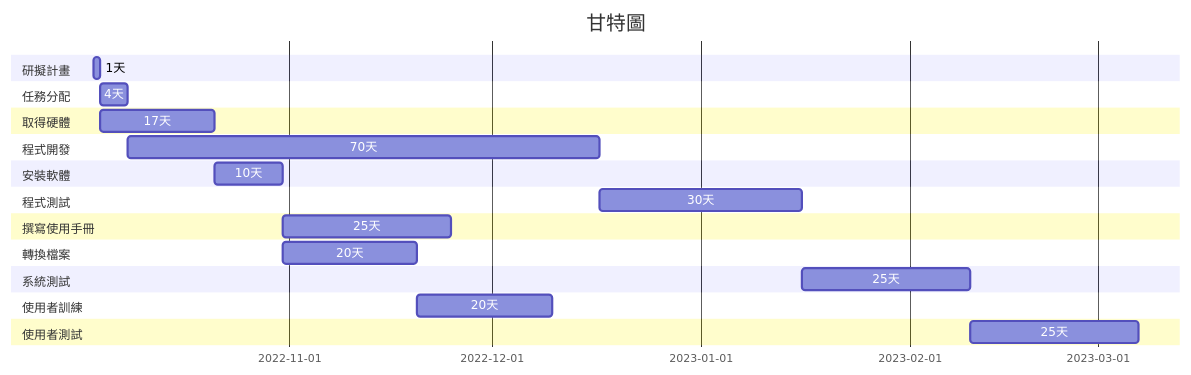
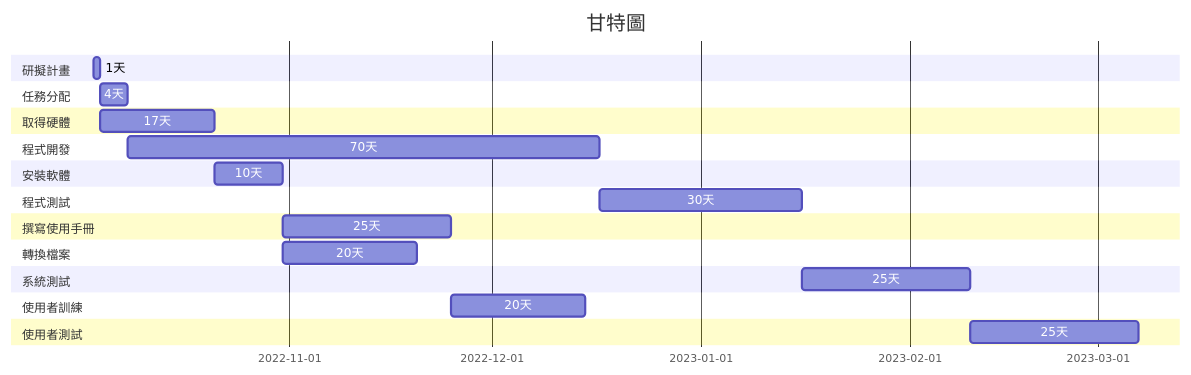
One commit to Hsxxnil/2022-3b changed the diagram in hw2.md. Above: the diagram before and after it, drawn with Mermaid.

````diff
--- a/hw2.md
+++ b/hw2.md
@@ -15,36 +15,36 @@
 ```mermaid
 gantt
     title 甘特圖
     section 研擬計畫
     1天:a1, 2022-10-03, 1d
     
     section 任務分配
     4天:a2,after a1  , 4d
     
     section 取得硬體
     17天:a3,after a1  , 17d
     
     section 程式開發
     70天:a4,after a2  , 70d 
     
     section 安裝軟體
     10天:a5,after a3  , 10d
     
     section 程式測試
     30天:a6,after a4  , 30d
     
     section 撰寫使用手冊
     25天:a7,after a5  , 25d
     
     section 轉換檔案
     20天:a8,after a5  , 20d
     
     section 系統測試
     25天:a9,after a6  , 25d
     
     section 使用者訓練
-    20天:a10,after a8, 20d
+    20天:a10,after a7, 20d
     
     section 使用者測試
     25天:a11,after a9, 25d
 ```
````
